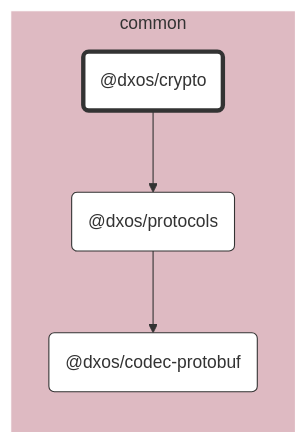
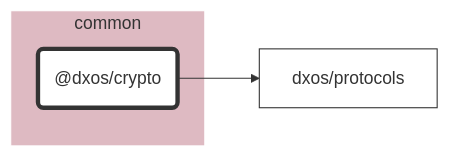
One commit to dxos/dxos changed the diagram in packages/common/crypto/docs/README.md. Above: the diagram before and after it, drawn with Mermaid. The commit also changed 84 other files, not shown here.

````diff
--- a/packages/common/crypto/docs/README.md
+++ b/packages/common/crypto/docs/README.md
@@ -7,33 +7,21 @@
 ```mermaid
 %%{ init: {'flowchart':{'curve':'basis'}} }%%
 
 flowchart LR
 
-%% Links
-dxos/crypto --> dxos/protocols;
-dxos/protocols --> dxos/codec-protobuf;
+%% Classes
+classDef default fill:#fff,stroke:#333,stroke-width:1px
+classDef root fill:#fff,stroke:#333,stroke-width:4px
 
-%% Sections
-subgraph common
-  style common fill:#debac2,stroke:#fff;
+%% Nodes
 
-  dxos/codec-protobuf("@dxos/codec-protobuf")
-  dxos/crypto("@dxos/crypto")
-  dxos/protocols("@dxos/protocols")
+subgraph common [common]
+  style common fill:#debac2,stroke:#fff
+  dxos/crypto("@dxos/crypto"):::root
+  click dxos/crypto "dxos/dxos/tree/main/packages/common/crypto/docs"
 end
 
-
-%% Hyperlinks
-click dxos/codec-protobuf "dxos/dxos/tree/main/packages/common/codec-protobuf/docs";
-click dxos/protocols "dxos/dxos/tree/main/packages/common/protocols/docs";
-
-%% Styles
-classDef rootNode fill:#fff,stroke:#333,stroke-width:4px
-classDef defaultNode fill:#fff,stroke:#333,stroke-width:1px
+%% Links
 linkStyle default stroke:#333,stroke-width:1px
-
-dxos/crypto:::rootNode
-
-dxos/codec-protobuf:::defaultNode
-dxos/protocols:::defaultNode
+dxos/crypto --> dxos/protocols
 ```
````
